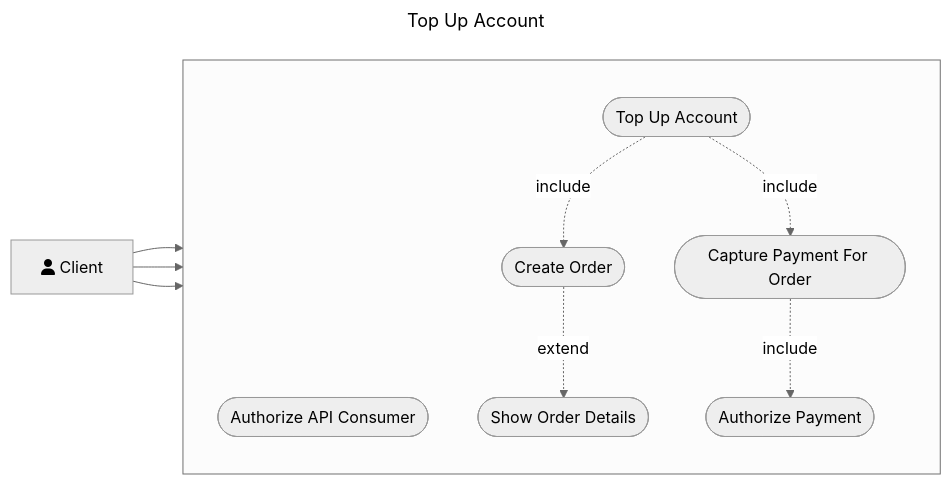
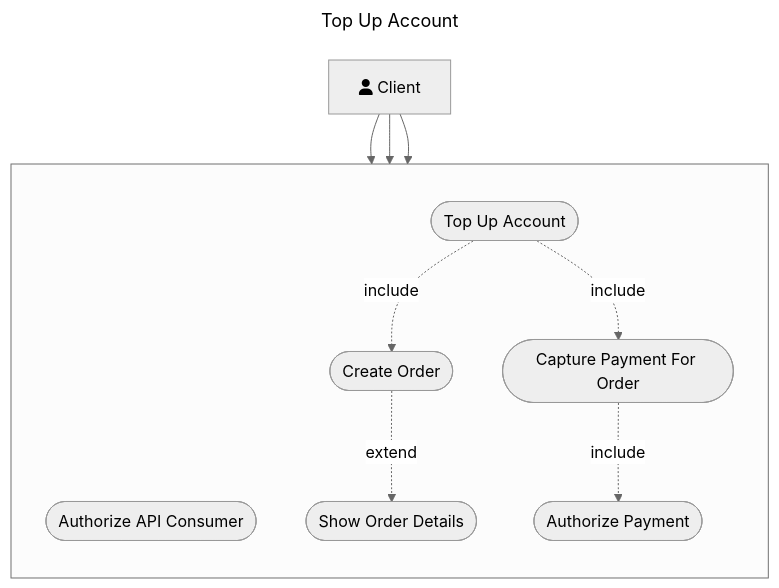
The diagram in specification.md (Kuziomkin/diagrams), drawn with Mermaid before and after one commit.

Commit message:
Change Use Case Diagram

````diff
--- a/specification.md
+++ b/specification.md
@@ -44,33 +44,34 @@
 ```mermaid
 ---
 title: Top Up Account
 config:
   layout: dagre
   look: classic
   theme: neutral
 ---
-    flowchart LR
+    flowchart TB
+        
         %% define actors
         C[fa:fa-user Client]
 
         subgraph " "
             direction TB
             %% define features
             A([Authorize API Consumer])
             T([Top Up Account])
             S([Show Order Details])
             CP([Capture Payment For Order])
             CO([Create Order])
             AP([Authorize Payment])
         end
 
         %% define relationships
         C --> A
         C --> T
         C --> S
         T -.include.-> CP
         T -.include.-> CO
         CO -.extend.-> S
         CP -.include.-> AP
       
 ```
````
